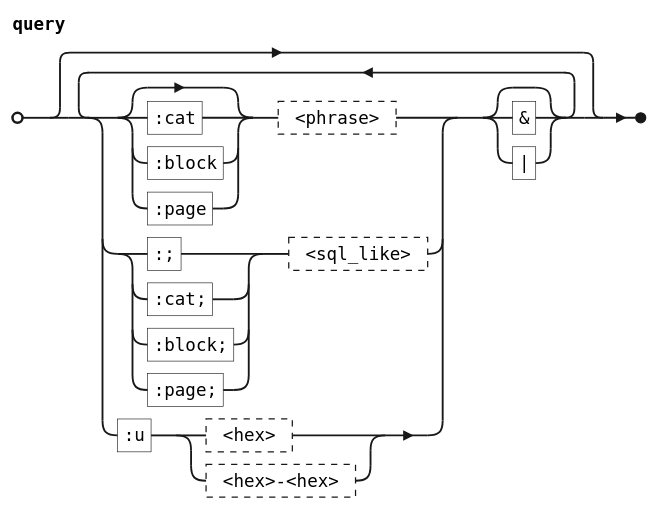
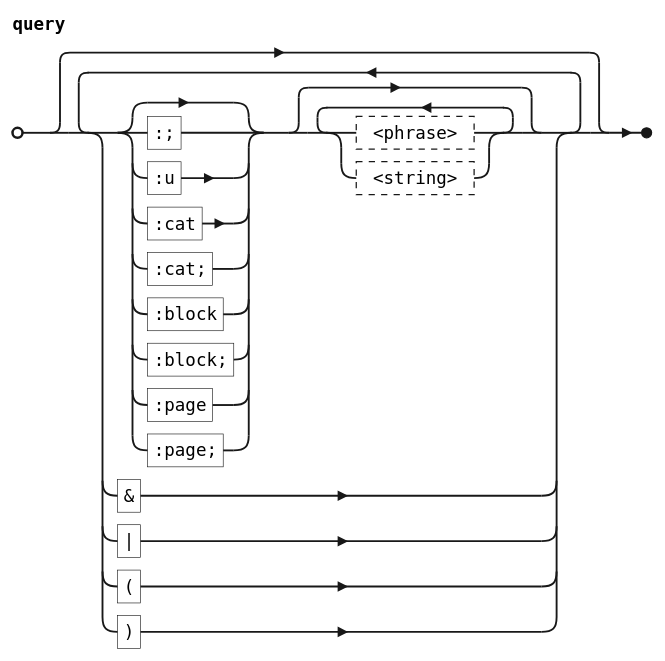
Before and after one commit to molarmanful/bited: the diagram in docs/manual/finder.md, drawn with PlantUML. The commit also changed other lines of this file, not shown here.

````diff
--- a/docs/manual/finder.md
+++ b/docs/manual/finder.md
@@ -31,20 +31,19 @@
 ```puml
 @startebnf
 
 <style>
   root {
     FontName DejaVu Sans Mono
   }
 </style>
 
 query = {
   (
-    [":cat" | ":block" | ":page"], ? <phrase> ?
-    | (":;" | ":cat;" | ":block;" | ":page;"), ? <sql_like> ?
-    | ":u", (? <hex> ? | ? <hex>-<hex> ?)
-  ),
-  ["&" | "|"]
+    [":;" | ":u" | ":cat" | ":cat;" | ":block" | ":block;" | ":page" | ":page;"],
+    {? <phrase> ? | ? <string> ?}
+  )
+  | "&" | "|" | "(" | ")"
 };
 
 @endebnf
 ```
````
